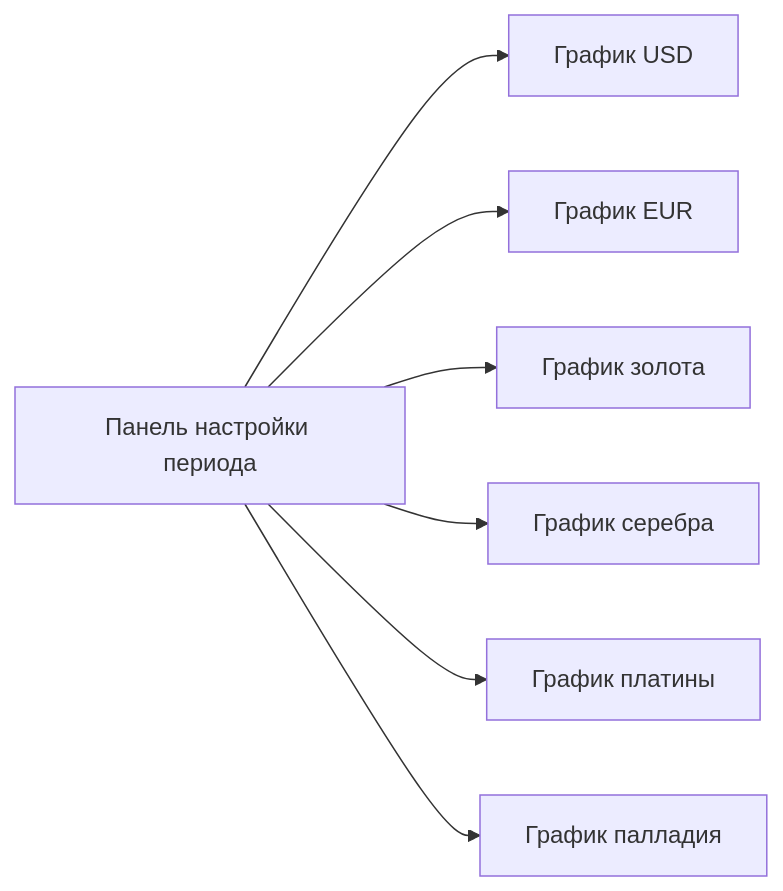
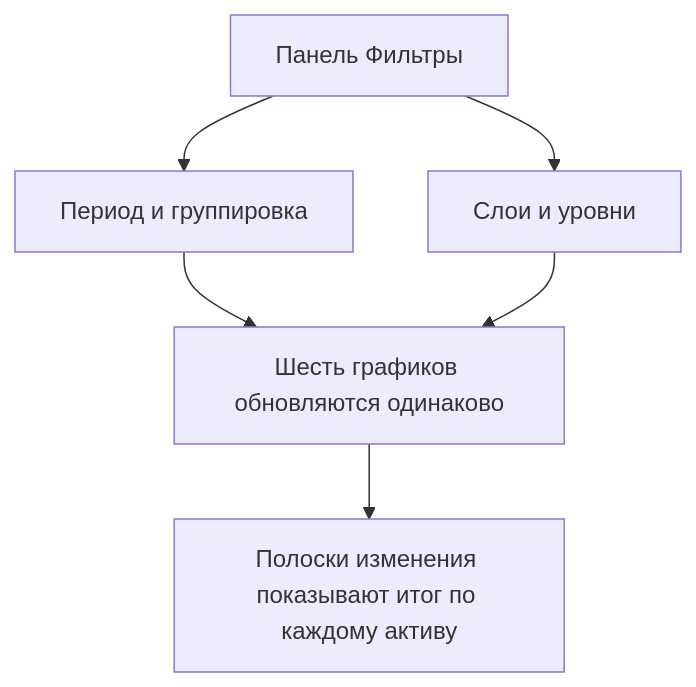
The second of 2 diagrams in content/guides/rukovodstvo-polzovatelia/kursy-valyut-i-dragmetallov/index.md (Red-Panda-Dev/tokenbel-wiki), drawn with Mermaid before and after one commit. The commit also changed other lines of this file, not shown here.

````diff
--- a/content/guides/rukovodstvo-polzovatelia/kursy-valyut-i-dragmetallov/index.md
+++ b/content/guides/rukovodstvo-polzovatelia/kursy-valyut-i-dragmetallov/index.md
@@ -135,9 +192,8 @@
 ```mermaid
-flowchart LR
-    A[Панель настройки периода] --> B[График USD]
-    A --> C[График EUR]
-    A --> D[График золота]
-    A --> E[График серебра]
-    A --> F[График платины]
-    A --> G[График палладия]
+flowchart TD
+    A[Панель Фильтры] --> B[Период и группировка]
+    A --> C[Слои и уровни]
+    B --> D[Шесть графиков обновляются одинаково]
+    C --> D
+    D --> E[Полоски изменения показывают итог по каждому активу]
 ```
````
